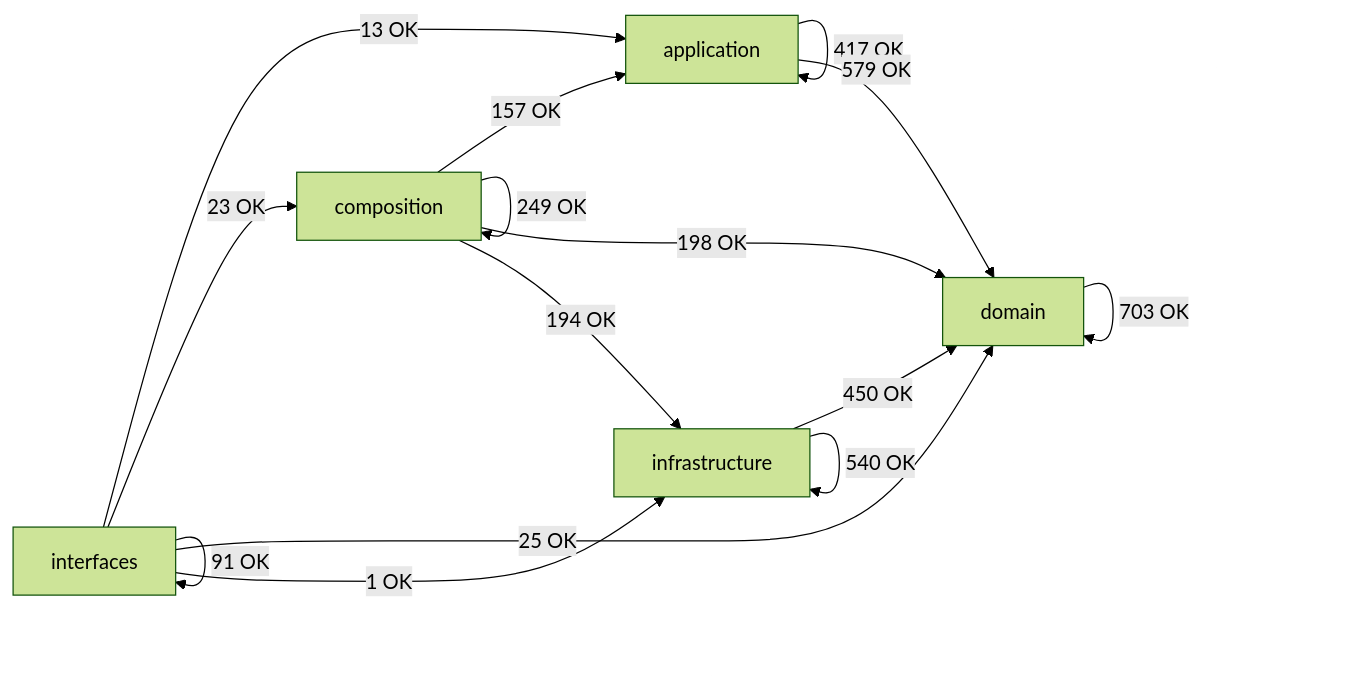
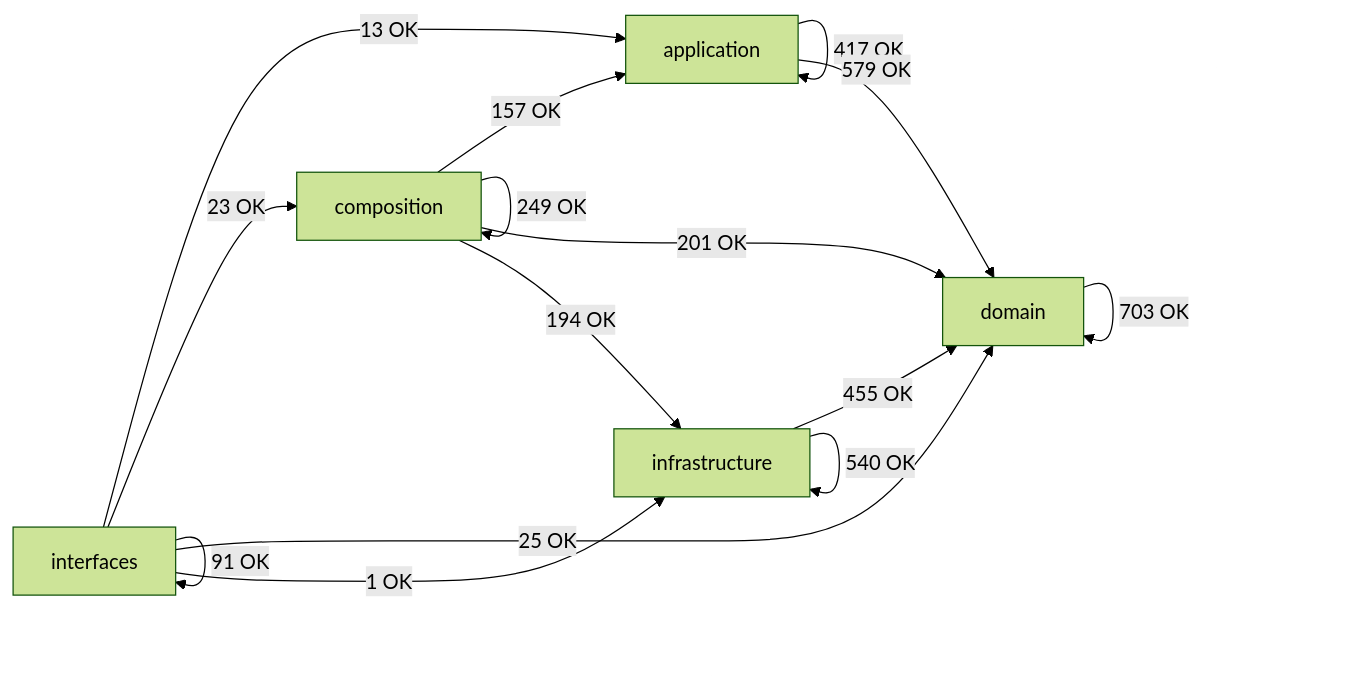
The diagram in docs/02-architecture/generated/module-dependency-map.md (SatoryKono/BioactivityDataAcquisition), drawn with Mermaid (forest theme) before and after one commit. The commit also changed other lines of this file and 41 other files, not shown here.

````diff
--- a/docs/02-architecture/generated/module-dependency-map.md
+++ b/docs/02-architecture/generated/module-dependency-map.md
@@ -16,22 +16,22 @@
 ```mermaid
 flowchart LR
     domain[domain]
     application[application]
     infrastructure[infrastructure]
     composition[composition]
     interfaces[interfaces]
     application -->|417 OK| application
     application -->|579 OK| domain
     composition -->|157 OK| application
     composition -->|249 OK| composition
-    composition -->|198 OK| domain
+    composition -->|201 OK| domain
     composition -->|194 OK| infrastructure
     domain -->|703 OK| domain
-    infrastructure -->|450 OK| domain
+    infrastructure -->|455 OK| domain
     infrastructure -->|540 OK| infrastructure
     interfaces -->|13 OK| application
     interfaces -->|23 OK| composition
     interfaces -->|25 OK| domain
     interfaces -->|1 OK| infrastructure
     interfaces -->|91 OK| interfaces
 ```
````
